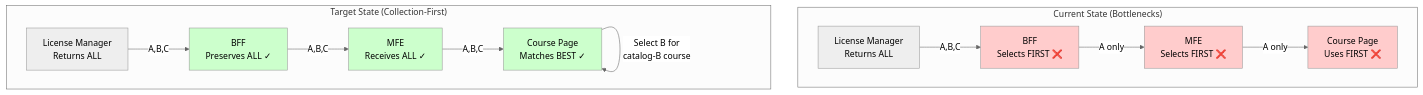
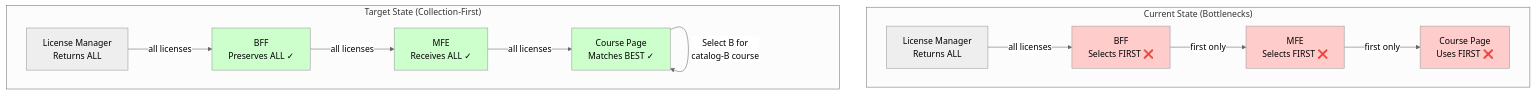
Before and after one commit to rgopalrao-sonata-png/edx-enterprise: the tenth of 11 diagrams in multiplex_solution.md, drawn with Mermaid (neutral theme). The commit also changed other lines of this file, not shown here.

Commit message:
Refactor license flow and update diagrams

````diff
--- a/multiplex_solution.md
+++ b/multiplex_solution.md
@@ -649,32 +649,32 @@
 ```mermaid
 graph TB
     subgraph "Current State (Bottlenecks)"
         C1[License Manager<br/>Returns ALL]
         C2[BFF<br/>Selects FIRST ❌]
         C3[MFE<br/>Selects FIRST ❌]
         C4[Course Page<br/>Uses FIRST ❌]
         
-        C1 -->|A,B,C| C2
-        C2 -->|A only| C3
-        C3 -->|A only| C4
+        C1 -->|all licenses| C2
+        C2 -->|first only| C3
+        C3 -->|first only| C4
     end
     
     subgraph "Target State (Collection-First)"
         T1[License Manager<br/>Returns ALL]
         T2[BFF<br/>Preserves ALL ✓]
         T3[MFE<br/>Receives ALL ✓]
         T4[Course Page<br/>Matches BEST ✓]
         
-        T1 -->|A,B,C| T2
-        T2 -->|A,B,C| T3
-        T3 -->|A,B,C| T4
+        T1 -->|all licenses| T2
+        T2 -->|all licenses| T3
+        T3 -->|all licenses| T4
         T4 -->|Select B for<br/>catalog-B course| T4
     end
     
     style C2 fill:#ffcccc
     style C3 fill:#ffcccc
     style C4 fill:#ffcccc
     style T2 fill:#ccffcc
     style T3 fill:#ccffcc
     style T4 fill:#ccffcc
 ```
````
